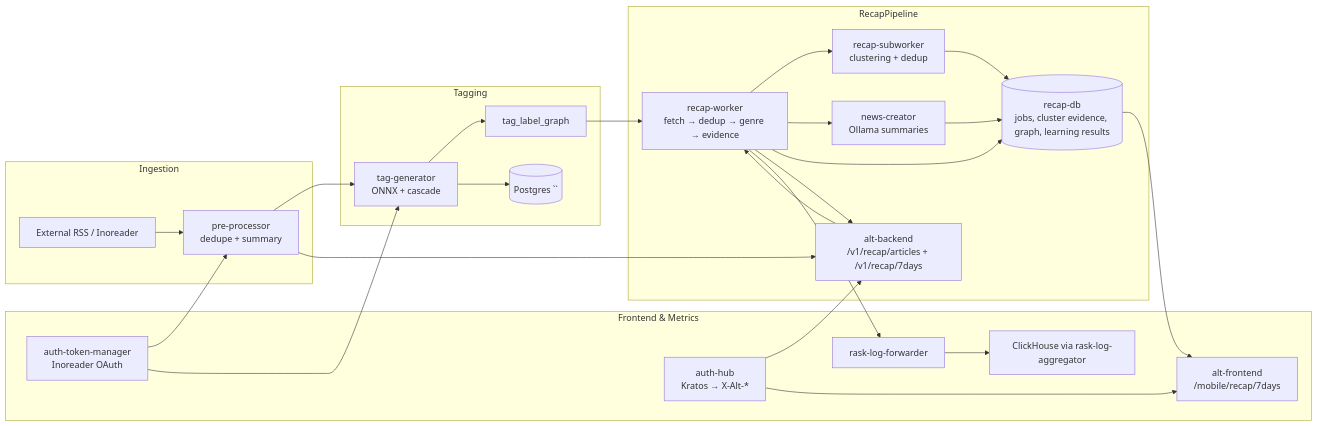
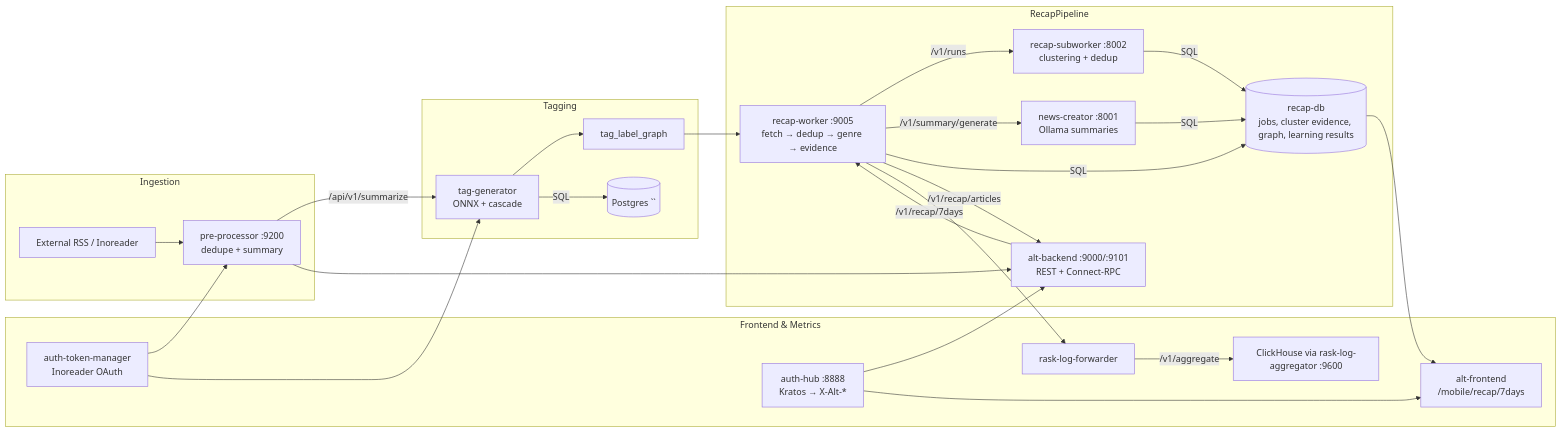
Before and after one commit to Kaikei-e/Alt: the first of 9 diagrams in README.md, drawn with Mermaid. The commit also changed other lines of this file, not shown here.

First line of the commit message:
docs: Update README with service port details and API endpoints

````diff
--- a/README.md
+++ b/README.md
@@ -78,36 +78,36 @@
 ```mermaid
 flowchart LR
     subgraph Ingestion
-        RSS[External RSS / Inoreader] --> PreProc[pre-processor<br/>dedupe + summary]
+        RSS[External RSS / Inoreader] --> PreProc[pre-processor :9200<br/>dedupe + summary]
     end
     subgraph Tagging
-        PreProc --> TagGen[tag-generator<br/>ONNX + cascade]
+        PreProc -->|/api/v1/summarize| TagGen[tag-generator<br/>ONNX + cascade]
         TagGen --> Graph[tag_label_graph]
-        TagGen --> AltDB[(Postgres `<article_tags>`)]
+        TagGen -->|SQL| AltDB[(Postgres `<article_tags>`)]
     end
     subgraph RecapPipeline
-        AltBackend[alt-backend<br/>/v1/recap/articles + /v1/recap/7days]
-        RecapWorker[recap-worker<br/>fetch → dedup → genre → evidence]
-        RecapSub[recap-subworker<br/>clustering + dedup]
+        AltBackend[alt-backend :9000/:9101<br/>REST + Connect-RPC]
+        RecapWorker[recap-worker :9005<br/>fetch → dedup → genre → evidence]
+        RecapSub[recap-subworker :8002<br/>clustering + dedup]
         RecapDB[(recap-db<br/>jobs, cluster evidence, graph, learning results)]
-        NewsCreator[news-creator<br/>Ollama summaries]
-        RecapWorker --> RecapSub
-        RecapWorker --> NewsCreator
-        RecapWorker --> RecapDB
-        RecapWorker --> AltBackend
-        RecapSub --> RecapDB
-        NewsCreator --> RecapDB
-        AltBackend --> RecapWorker
+        NewsCreator[news-creator :8001<br/>Ollama summaries]
+        RecapWorker -->|/v1/runs| RecapSub
+        RecapWorker -->|/v1/summary/generate| NewsCreator
+        RecapWorker -->|SQL| RecapDB
+        RecapWorker -->|/v1/recap/articles| AltBackend
+        RecapSub -->|SQL| RecapDB
+        NewsCreator -->|SQL| RecapDB
+        AltBackend -->|/v1/recap/7days| RecapWorker
     end
-    subgraph Frontend & Metrics
+    subgraph "Frontend & Metrics"
         RecapDB --> Frontend[alt-frontend<br/>/mobile/recap/7days]
         RecapWorker --> Logs[rask-log-forwarder]
-        Logs --> ClickHouse[ClickHouse via rask-log-aggregator]
-        AuthHub[auth-hub<br/>Kratos → X-Alt-*] --> AltBackend
+        Logs -->|/v1/aggregate| ClickHouse[ClickHouse via rask-log-aggregator :9600]
+        AuthHub[auth-hub :8888<br/>Kratos → X-Alt-*] --> AltBackend
         AuthToken[auth-token-manager<br/>Inoreader OAuth] --> PreProc
     end
     Graph --> RecapWorker
     PreProc --> AltBackend
     AuthHub --> Frontend
     AuthToken --> TagGen
 ```
````
